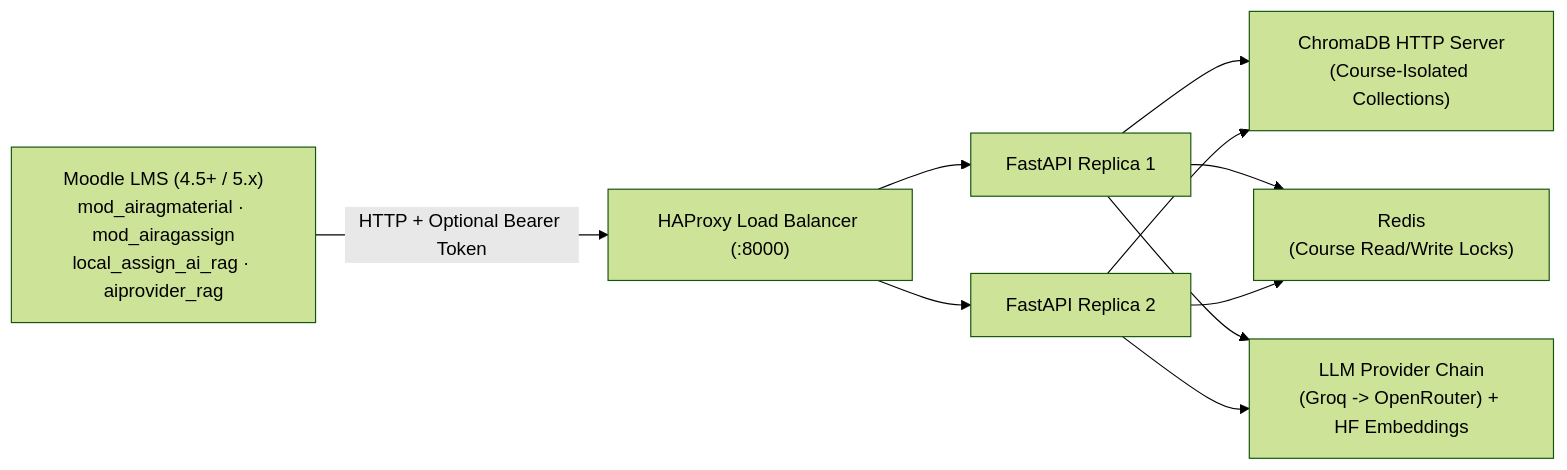
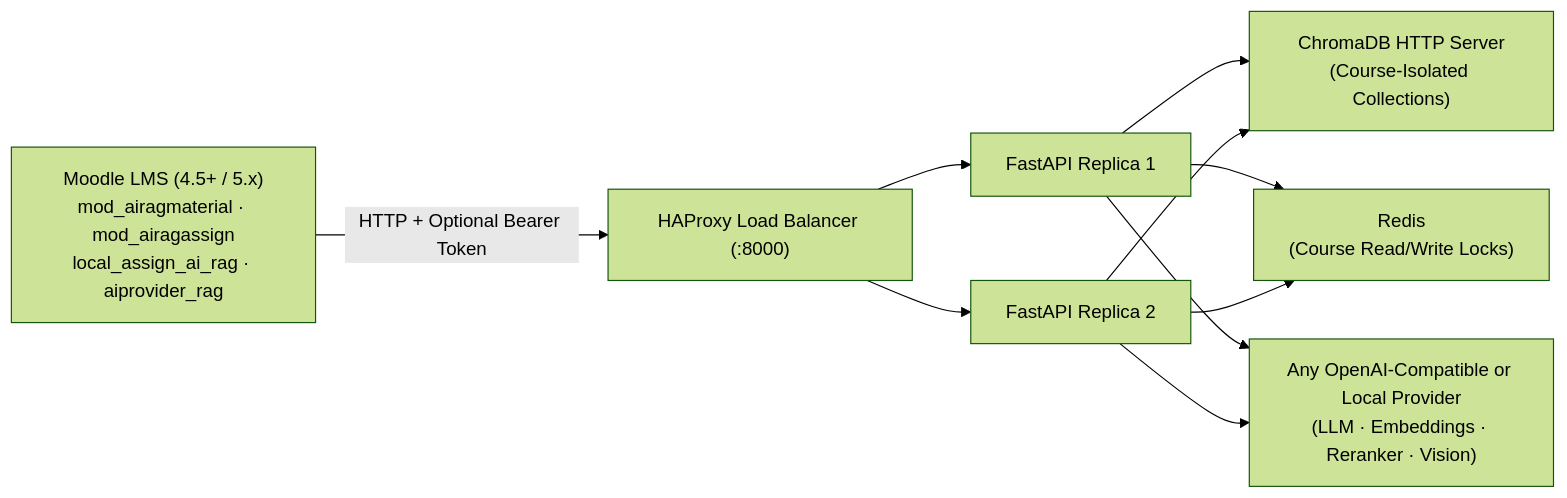
One commit to glennhkm/RAGrader changed the diagram in README.md. Above: the diagram before and after it, drawn with Mermaid (forest theme). The commit also changed other lines of this file and 13 other files, not shown here.

````diff
--- a/README.md
+++ b/README.md
@@ -7,12 +9,12 @@
 ```mermaid
 flowchart LR
     M["Moodle LMS (4.5+ / 5.x)<br/>mod_airagmaterial · mod_airagassign<br/>local_assign_ai_rag · aiprovider_rag"] -->|HTTP + Optional Bearer Token| LB["HAProxy Load Balancer (:8000)"]
     LB --> API1["FastAPI Replica 1"]
     LB --> API2["FastAPI Replica 2"]
     API1 --> CH["ChromaDB HTTP Server<br/>(Course-Isolated Collections)"]
     API2 --> CH
     API1 --> RD["Redis<br/>(Course Read/Write Locks)"]
     API2 --> RD
-    API1 --> LLM["LLM Provider Chain<br/>(Groq -> OpenRouter) + HF Embeddings"]
+    API1 --> LLM["Any OpenAI-Compatible or Local Provider<br/>(LLM · Embeddings · Reranker · Vision)"]
     API2 --> LLM
 ```
````
